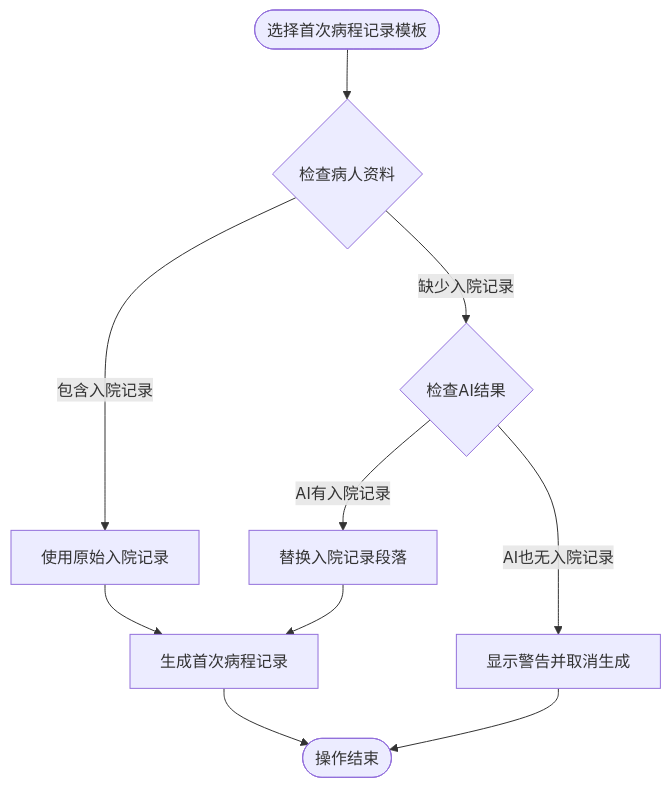
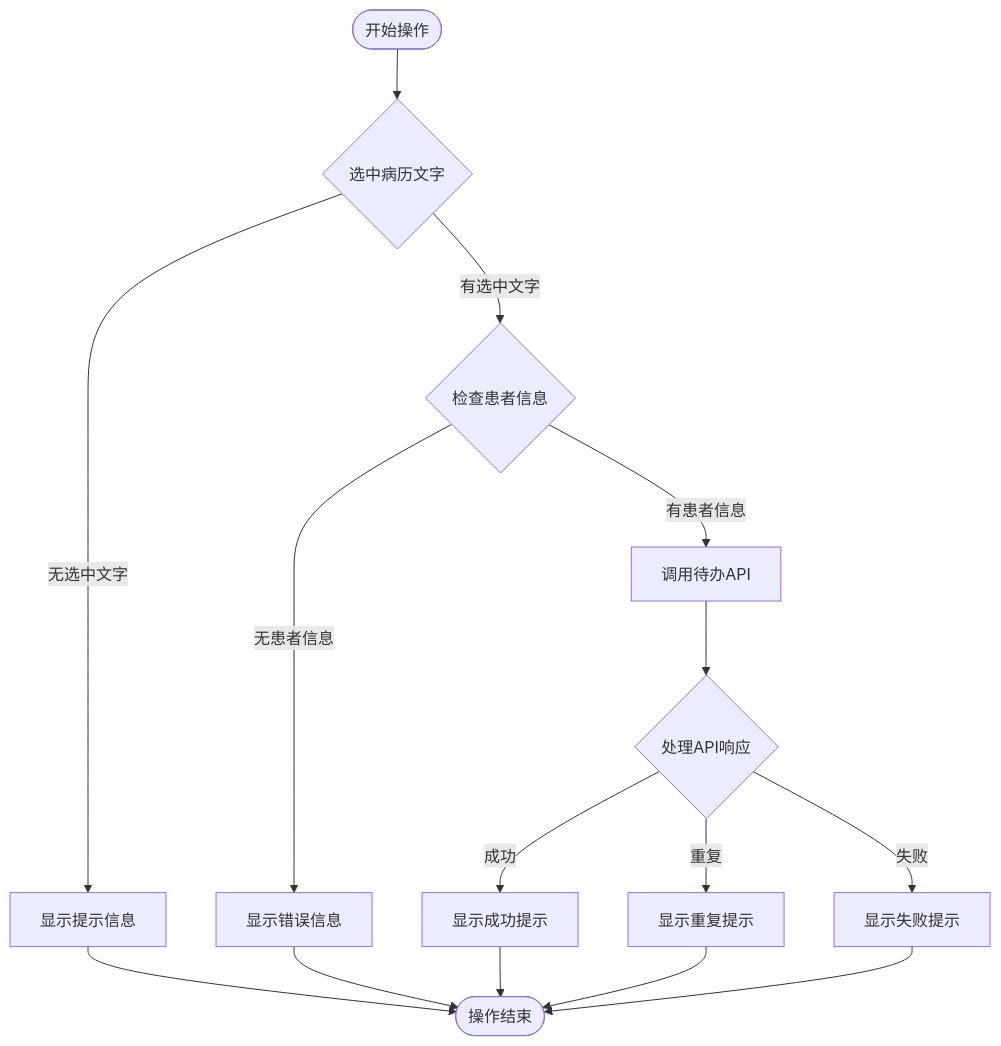
The third of 17 diagrams in .qoder/repowiki/zh/content/Medical Record Operation Guide.md (liuzh2008/med_ai_assistant_workspace), drawn with Mermaid before and after one commit. The commit also changed other lines of this file and 4 other files, not shown here.

````diff
--- a/.qoder/repowiki/zh/content/Medical Record Operation Guide.md
+++ b/.qoder/repowiki/zh/content/Medical Record Operation Guide.md
@@ -401,12 +397,17 @@
 ```mermaid
 flowchart TD
-Start([选择首次病程记录模板]) --> CheckData{检查病人资料}
-CheckData --> |包含入院记录| UseOriginal[使用原始入院记录]
-CheckData --> |缺少入院记录| CheckAI{检查AI结果}
-CheckAI --> |AI有入院记录| ReplaceData[替换入院记录段落]
-CheckAI --> |AI也无入院记录| ShowWarning[显示警告并取消生成]
-UseOriginal --> GeneratePrompt[生成首次病程记录]
-ReplaceData --> GeneratePrompt
+Start([开始操作]) --> SelectText{选中病历文字}
+SelectText --> |有选中文字| CheckPatient{检查患者信息}
+SelectText --> |无选中文字| ShowWarning[显示提示信息]
+CheckPatient --> |有患者信息| CallAPI[调用待办API]
+CheckPatient --> |无患者信息| ShowError[显示错误信息]
+CallAPI --> HandleResponse{处理API响应}
+HandleResponse --> |成功| ShowSuccess[显示成功提示]
+HandleResponse --> |重复| ShowDuplicate[显示重复提示]
+HandleResponse --> |失败| ShowFailure[显示失败提示]
 ShowWarning --> End([操作结束])
-GeneratePrompt --> End
+ShowError --> End
+ShowSuccess --> End
+ShowDuplicate --> End
+ShowFailure --> End
 ```
````
